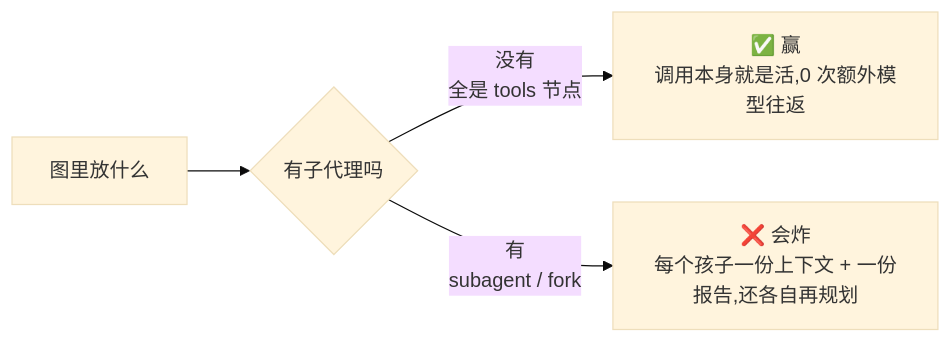
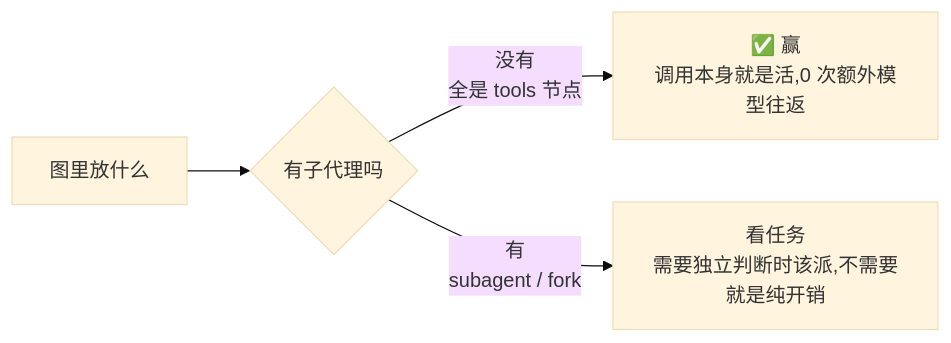
The fourth of 4 diagrams in README.md (zyn19940107/dsh-conductor), drawn with Mermaid (base theme) before and after one commit. The commit also changed other lines of this file and 4 other files, not shown here.

````diff
--- a/README.md
+++ b/README.md
@@ -132,6 +165,6 @@
 ```mermaid
 flowchart LR
     A["图里放什么"] --> B{"有子代理吗"}
     B -->|"没有<br/>全是 tools 节点"| C["✅ 赢<br/>调用本身就是活,0 次额外模型往返"]
-    B -->|"有<br/>subagent / fork"| D["❌ 会炸<br/>每个孩子一份上下文 + 一份报告,还各自再规划"]
+    B -->|"有<br/>subagent / fork"| D["看任务<br/>需要独立判断时该派,不需要就是纯开销"]
 ```
````
